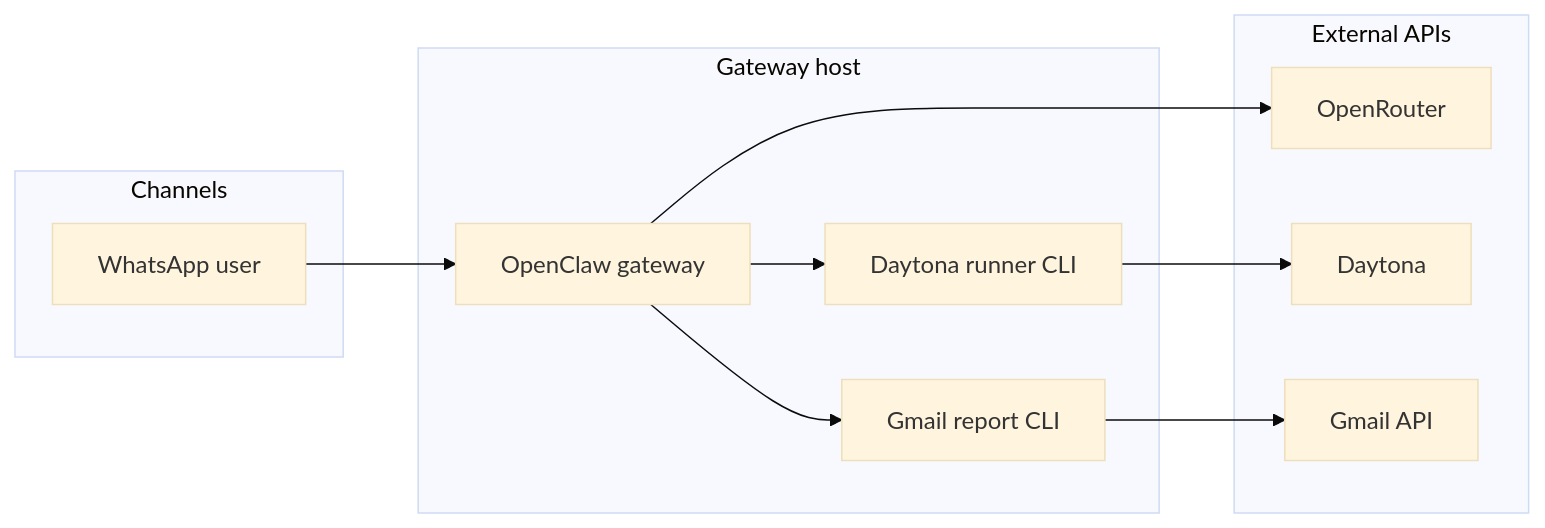
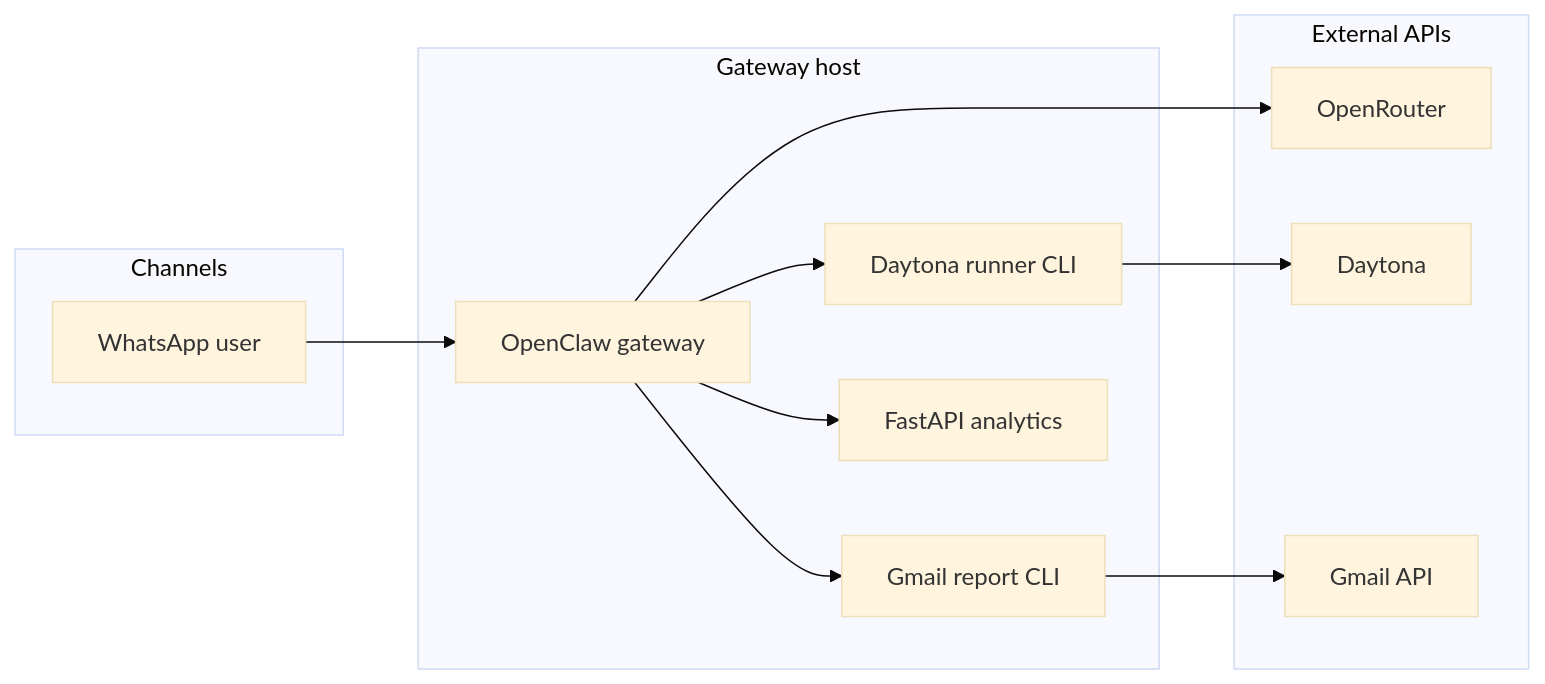
Before and after one commit to MrenXX/AquaMind: the diagram in README.md, drawn with Mermaid (base theme). The commit also changed other lines of this file and 12 other files, not shown here.

First line of the commit message:
feat: FastAPI analytics API over SQLite and merge sqlite-backend data layer

````diff
--- a/README.md
+++ b/README.md
@@ -26,22 +27,24 @@
 ```mermaid
 flowchart LR
   subgraph channels [Channels]
     WA[WhatsApp user]
   end
   subgraph runtime [Gateway host]
     OC[OpenClaw gateway]
     DR[Daytona runner CLI]
     GM[Gmail report CLI]
+    API[FastAPI analytics]
   end
   subgraph cloud [External APIs]
     OR[OpenRouter]
     DT[Daytona]
     GMAIL[Gmail API]
   end
   WA --> OC
   OC --> OR
   OC --> DR
   DR --> DT
   OC --> GM
   GM --> GMAIL
+  OC --> API
 ```
````
